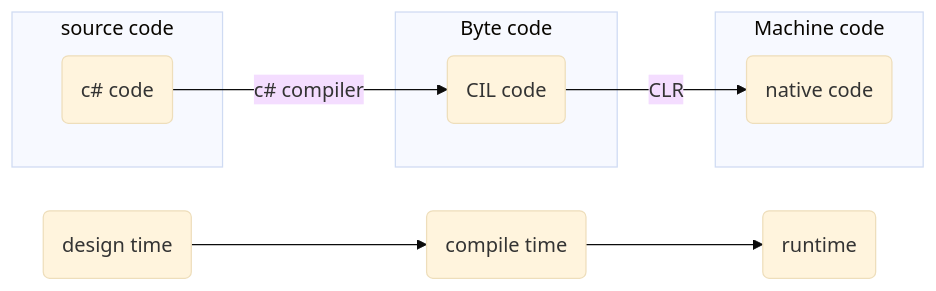
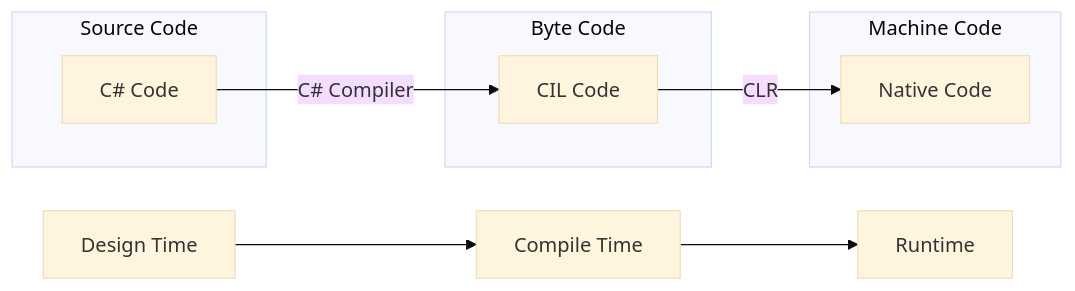
Before and after one commit to hannesdelbeke/brain: the diagram in C sharp.md, drawn with Mermaid (base theme). The commit also changed other lines of this file, not shown here.

Commit message:
fix: repair broken mermaid diagram syntax in C sharp.md

````diff
--- a/C sharp.md
+++ b/C sharp.md
@@ -22,18 +22,17 @@
-```mermaid graph TD
-graph LR
+```mermaid
+flowchart LR
+    subgraph src["Source Code"]
+        b1["C# Code"]
+    end
 
-subgraph source code
-b1
-end
+    subgraph byte["Byte Code"]
+        b2["CIL Code"]
+    end
 
-subgraph Byte code
-b2
-end
+    subgraph machine["Machine Code"]
+        b3["Native Code"]
+    end
 
-subgraph Machine code
-b3
-end
-
-b1(c# code)--> |c# compiler|b2(CIL code)-->|CLR|b3(native code)
-c1(design time)-->c2(compile time)-->c3(runtime)
+    b1 -->|"C# Compiler"| b2 -->|"CLR"| b3
+    c1["Design Time"] --> c2["Compile Time"] --> c3["Runtime"]
 ```
````
